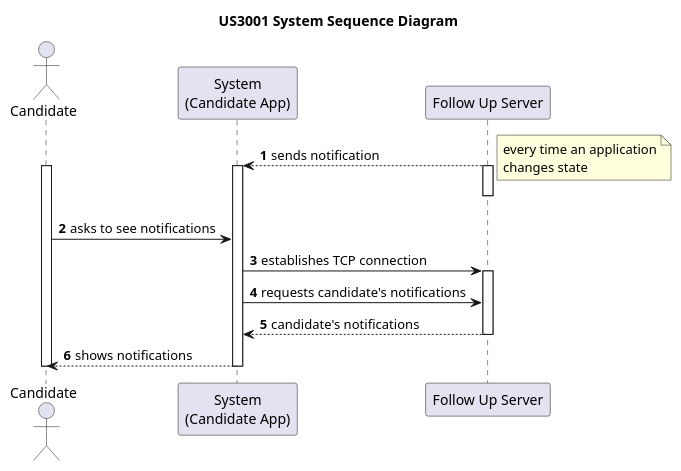
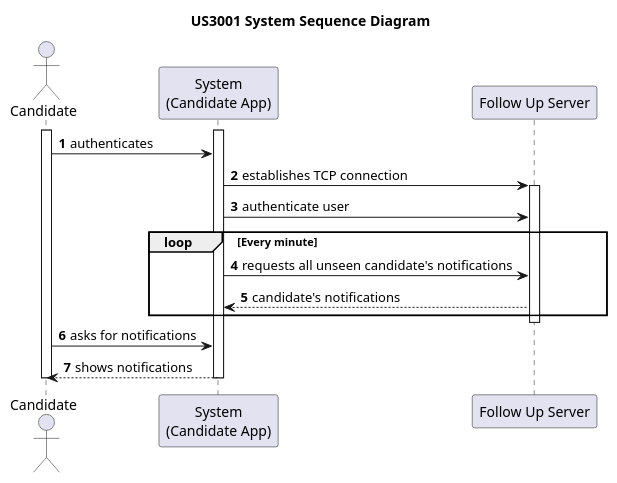
Before and after one commit to rita-barbosa/LAPR4-2324: the diagram in docs/sprint-c/us_3001/US3001_SSD/us_3001_SSD.puml, drawn with PlantUML. The commit also changed 1 other file, not shown here.

```diff
--- a/docs/sprint-c/us_3001/US3001_SSD/us_3001_SSD.puml
+++ b/docs/sprint-c/us_3001/US3001_SSD/us_3001_SSD.puml
@@ -1,35 +1,41 @@
 @startuml US3001_SSD
 
 title US3001 System Sequence Diagram
 
 autonumber
 
 actor "Candidate" as CAND
 participant "System\n(Candidate App)" as SYS
 participant "Follow Up Server" as SERVER
 
-SERVER --> SYS : sends notification
-activate SERVER
-note right
-every time an application
-changes state
-end note
+activate SYS
 
-activate SYS
-deactivate SERVER
+    activate CAND
 
-activate CAND
-CAND -> SYS : asks to see notifications
+        CAND -> SYS : authenticates
 
-SYS -> SERVER : establishes TCP connection
-activate SERVER
-SYS -> SERVER : requests candidate's notifications
+        SYS -> SERVER : establishes TCP connection
 
-SERVER --> SYS : candidate's notifications
-deactivate SERVER
+        activate SERVER
 
-SYS --> CAND : shows notifications
-deactivate SYS
+        SYS -> SERVER : authenticate user
+
+            loop Every minute
+
+                SYS -> SERVER : requests all unseen candidate's notifications
+
+                SERVER --> SYS : candidate's notifications
+
+            end
+
+        deactivate SERVER
+
+        CAND -> SYS : asks for notifications
+
+        SYS --> CAND : shows notifications
+
+    deactivate SYS
+
 deactivate CAND
 
 @enduml
```
